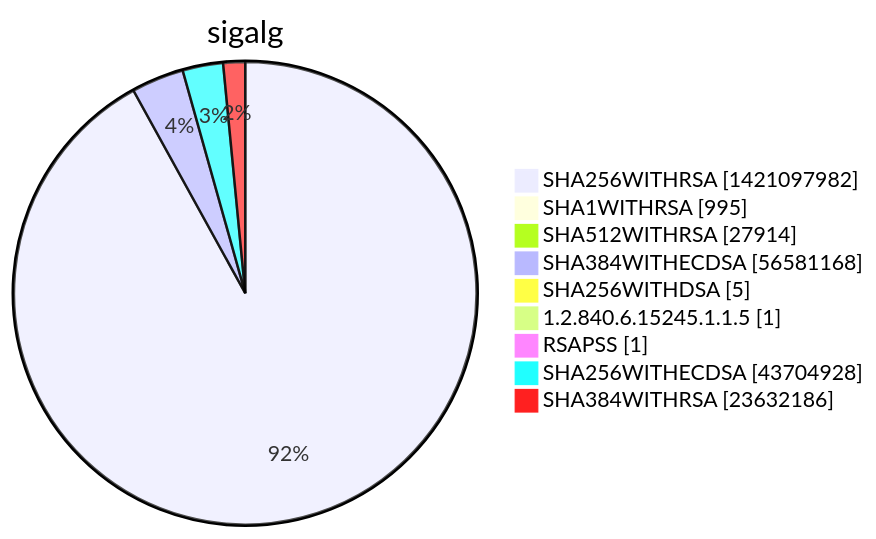
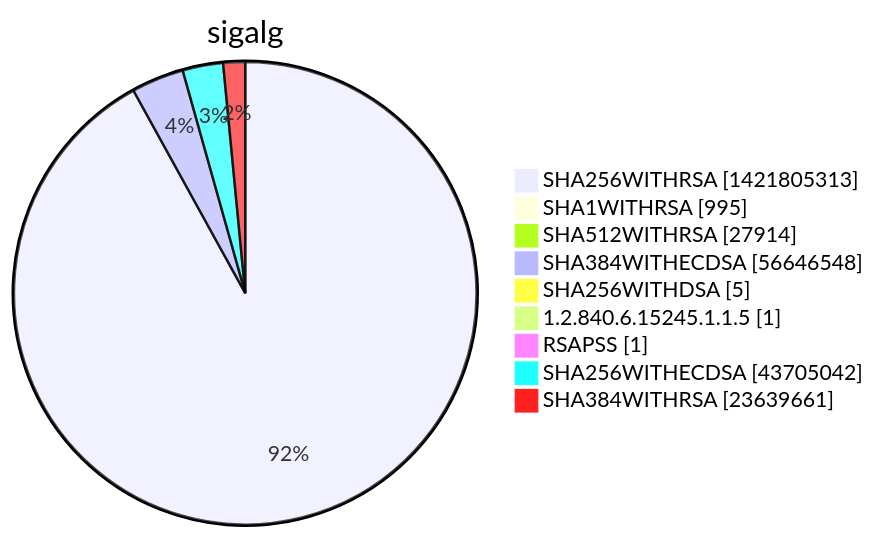
Diagram 15 of 15 in xenon2022/README.md (christiankrug/ctmonitor_visualization), drawn with Mermaid before and after one commit. The commit also changed other lines of this file, not shown here.

````diff
--- a/xenon2022/README.md
+++ b/xenon2022/README.md
@@ -5858,13 +5858,13 @@
 ```mermaid
 pie showData
 title sigalg
-"SHA256WITHRSA" :1421097982
+"SHA256WITHRSA" :1421805313
 "SHA1WITHRSA" :995
 "SHA512WITHRSA" :27914
-"SHA384WITHECDSA" :56581168
+"SHA384WITHECDSA" :56646548
 "SHA256WITHDSA" :5
 "1.2.840.6.15245.1.1.5" :1
 "RSAPSS" :1
-"SHA256WITHECDSA" :43704928
-"SHA384WITHRSA" :23632186
+"SHA256WITHECDSA" :43705042
+"SHA384WITHRSA" :23639661
 ```
````
